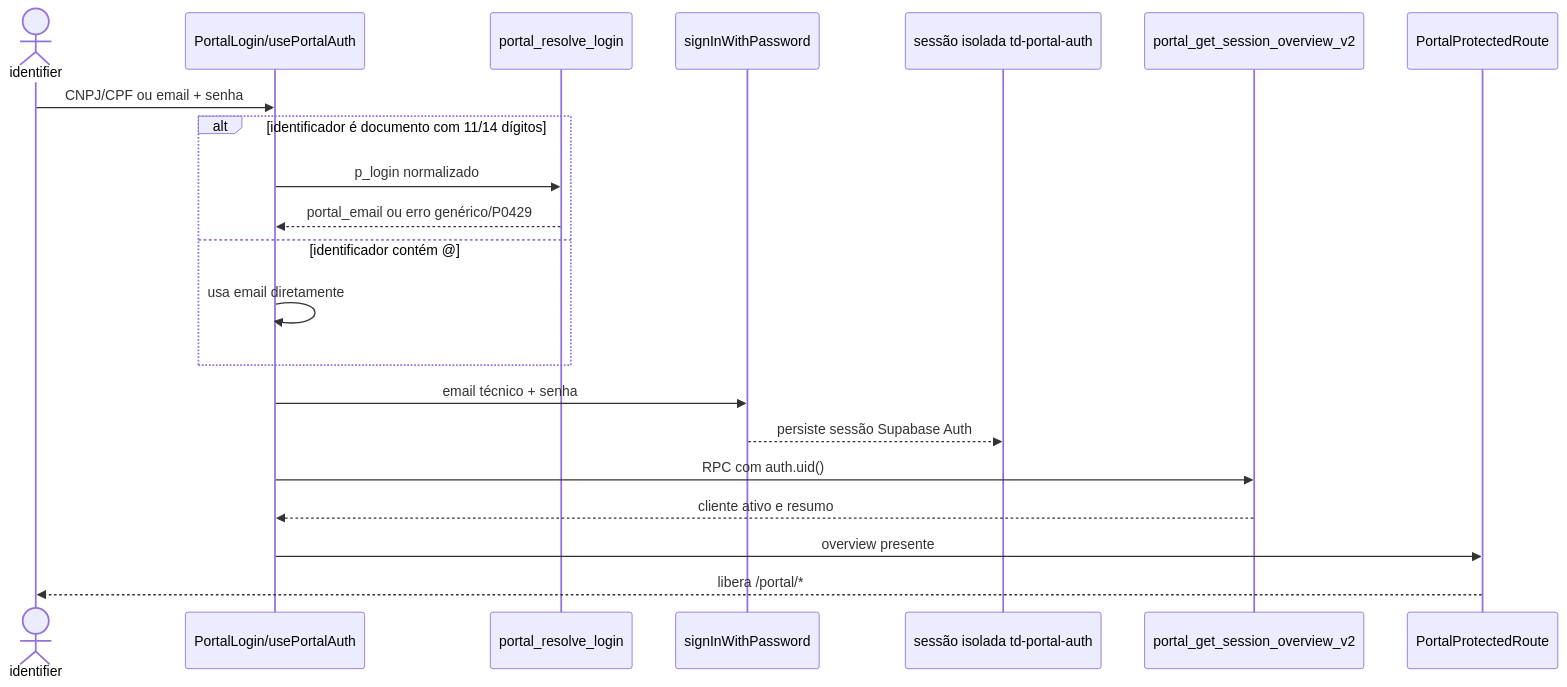
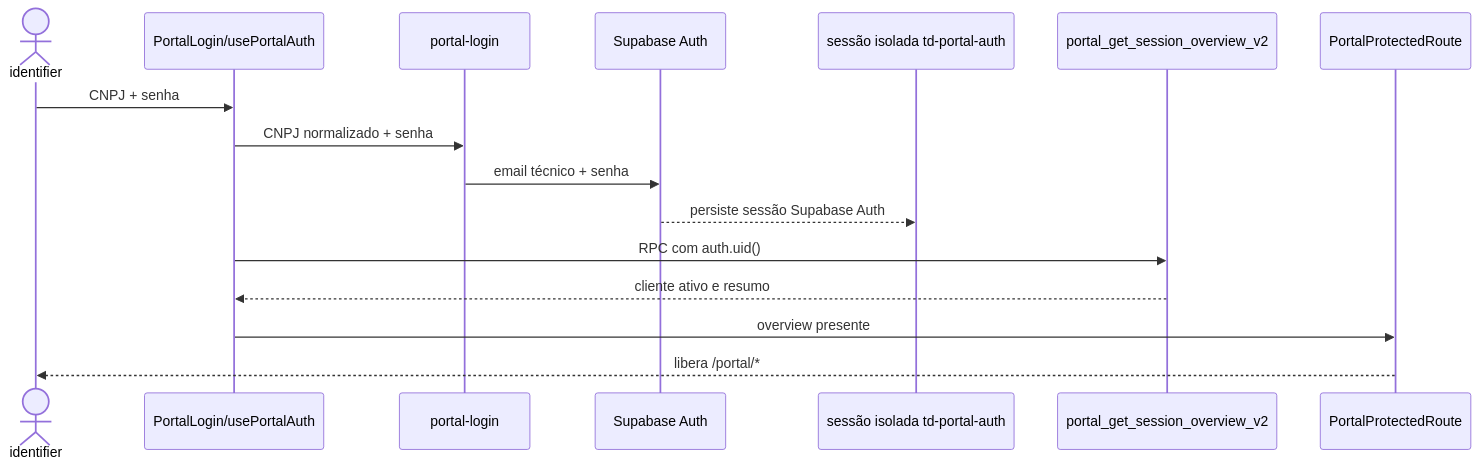
Before and after one commit to luccafwlog/transhippingdesk: the diagram in docs/modules/portal-cliente.md, drawn with Mermaid. The commit also changed other lines of this file and 14 other files, not shown here.

Commit message:
feat(portal): login exclusivo por CNPJ via edge function

````diff
--- a/docs/modules/portal-cliente.md
+++ b/docs/modules/portal-cliente.md
@@ -138,24 +138,19 @@
 ```mermaid
 sequenceDiagram
     actor Identifier as identifier
     participant Login as PortalLogin/usePortalAuth
-    participant Resolver as portal_resolve_login
-    participant Auth as signInWithPassword
+    participant LoginFn as portal-login
+    participant Auth as Supabase Auth
     participant Storage as sessão isolada td-portal-auth
     participant Overview as portal_get_session_overview_v2
     participant Guard as PortalProtectedRoute
 
-    Identifier->>Login: CNPJ/CPF ou email + senha
-    alt identificador é documento com 11/14 dígitos
-        Login->>Resolver: p_login normalizado
-        Resolver-->>Login: portal_email ou erro genérico/P0429
-    else identificador contém @
-        Login->>Login: usa email diretamente
-    end
-    Login->>Auth: email técnico + senha
+    Identifier->>Login: CNPJ + senha
+    Login->>LoginFn: CNPJ normalizado + senha
+    LoginFn->>Auth: email técnico + senha
     Auth-->>Storage: persiste sessão Supabase Auth
     Login->>Overview: RPC com auth.uid()
     Overview-->>Login: cliente ativo e resumo
     Login->>Guard: overview presente
     Guard-->>Identifier: libera /portal/*
 ```
````
